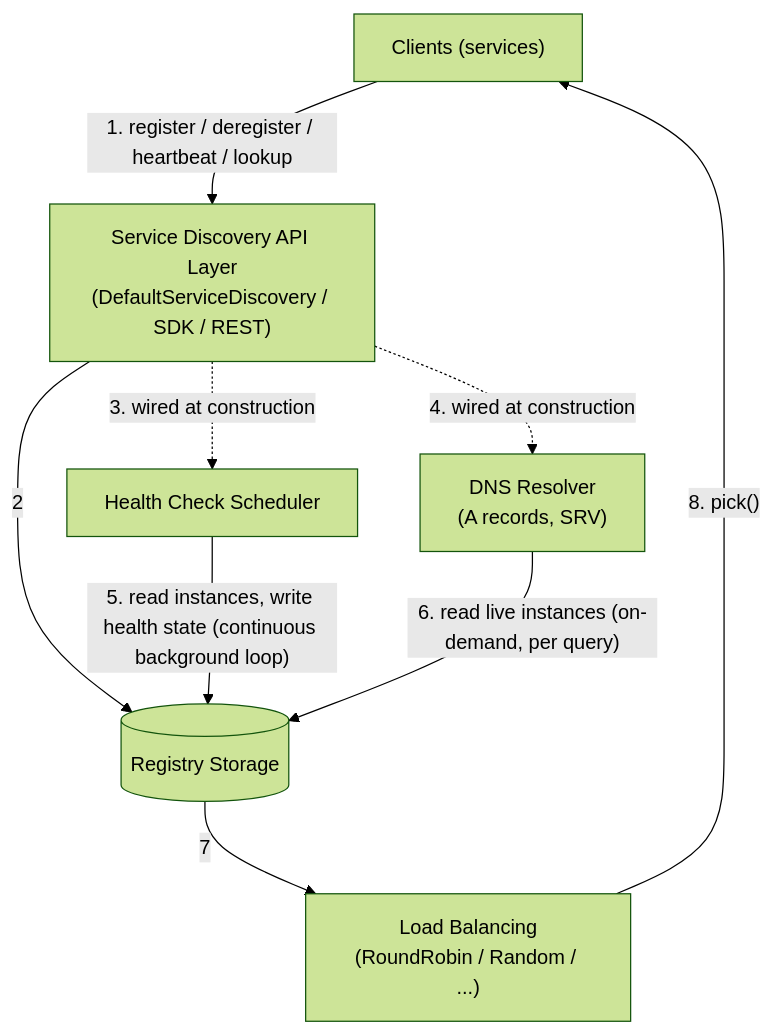
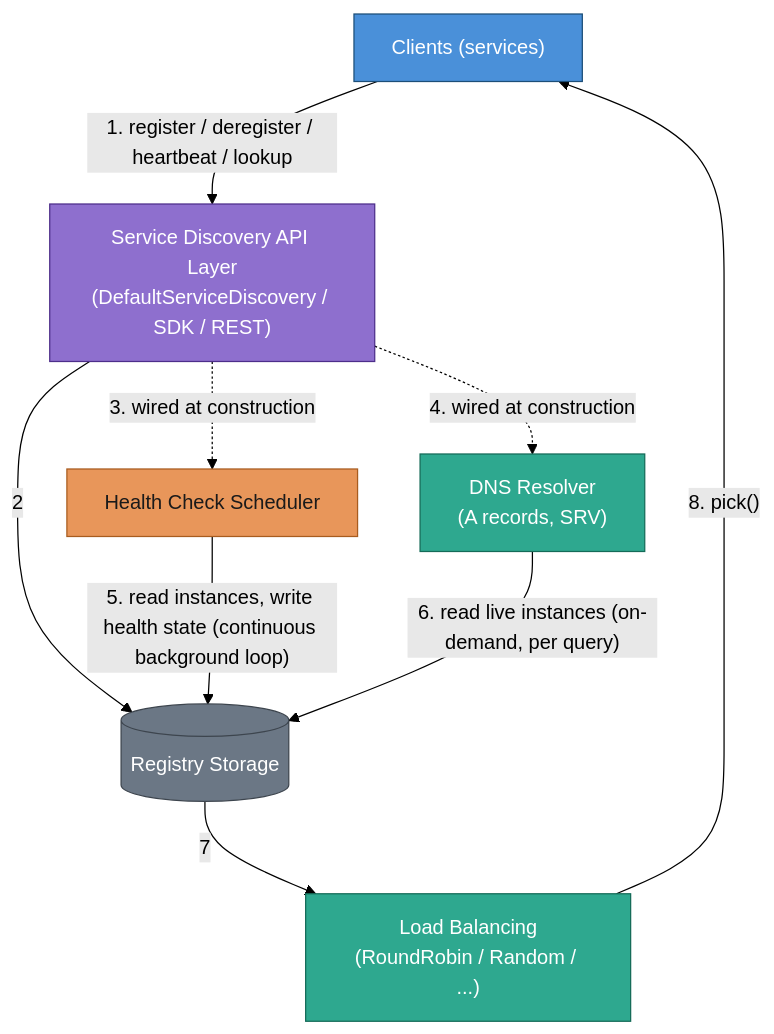
The first of 10 diagrams in lib/src/main/java/org/pk/practices/design/servicediscovery/DESIGN.md (Pratyush576/CodingPractice), drawn with Mermaid (forest theme) before and after one commit. The commit also changed other lines of this file and 5 other files, not shown here.

Commit message:
Enhanced the diagrams

````diff
--- a/lib/src/main/java/org/pk/practices/design/servicediscovery/DESIGN.md
+++ b/lib/src/main/java/org/pk/practices/design/servicediscovery/DESIGN.md
@@ -58,18 +58,29 @@
 ```mermaid
 flowchart TB
     Client["Clients (services)"]
     API["Service Discovery API Layer<br/>(DefaultServiceDiscovery / SDK / REST)"]
     Registry[("Registry Storage")]
     Health["Health Check Scheduler"]
     DNS["DNS Resolver<br/>(A records, SRV)"]
     LB["Load Balancing<br/>(RoundRobin / Random / ...)"]
 
     Client -- "1. register / deregister / heartbeat / lookup" --> API
     API -- "2" --> Registry
     API -. "3. wired at construction" .-> Health
     API -. "4. wired at construction" .-> DNS
     Health -- "5. read instances, write health state (continuous background loop)" --> Registry
     DNS -- "6. read live instances (on-demand, per query)" --> Registry
     Registry -- "7" --> LB
     LB -- "8. pick()" --> Client
+
+    classDef client fill:#4a90d9,stroke:#1c4e78,color:#ffffff
+    classDef gateway fill:#8e6fce,stroke:#4d2e8a,color:#ffffff
+    classDef service fill:#2ea88f,stroke:#146b58,color:#ffffff
+    classDef background fill:#e8965a,stroke:#a85c1f,color:#1a1a1a
+    classDef store fill:#6b7785,stroke:#3d454e,color:#ffffff
+    class Client client
+    class API gateway
+    class Health background
+    class DNS,LB service
+    class Registry store
 ```
````
